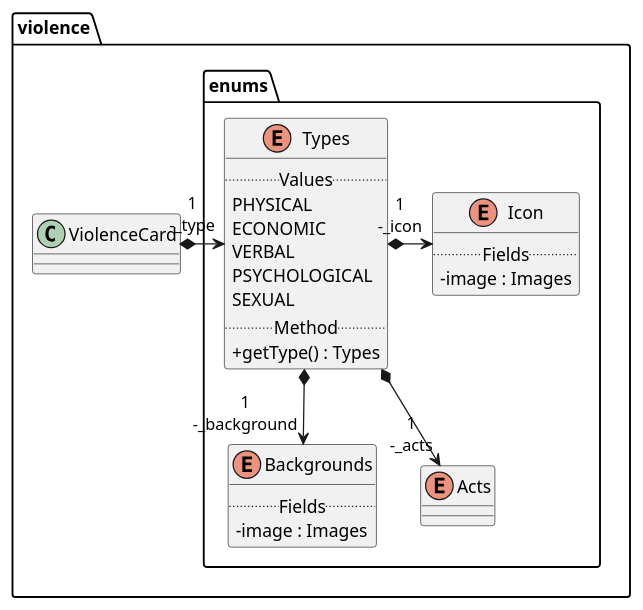
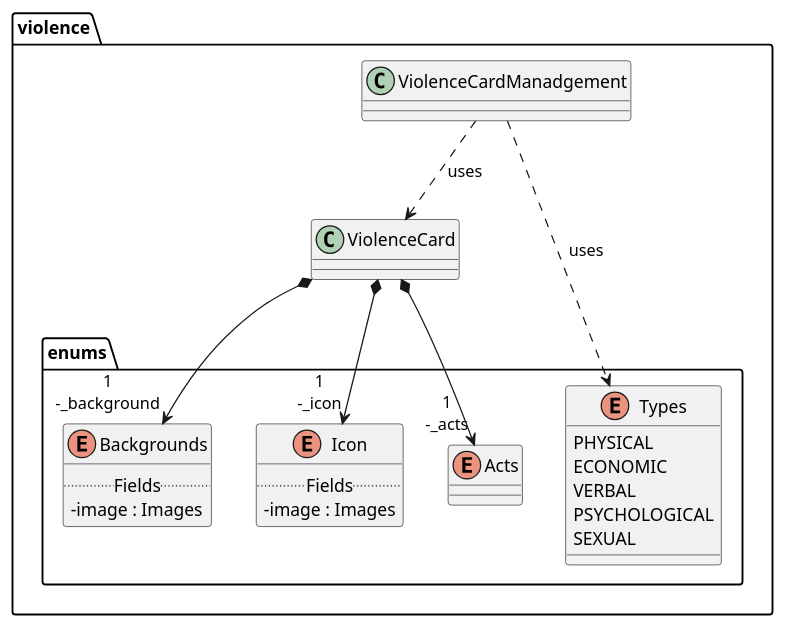
Before and after one commit to DimToups/Serious-game-about-violence: the diagram in src/main/uml/DCC_violences.puml, drawn with PlantUML.

Commit message:
:memo: update uml violences card

```diff
--- a/src/main/uml/DCC_violences.puml
+++ b/src/main/uml/DCC_violences.puml
@@ -1,34 +1,31 @@
 @startuml
 skinparam classAttributeIconSize 0
 
 package violence{
     class ViolenceCard
+    class ViolenceCardManadgement
     package enums {
         enum Types{
-            ..Values..
             PHYSICAL
             ECONOMIC
             VERBAL
             PSYCHOLOGICAL
             SEXUAL
-            ..Method..
-            + getType() : Types
         }
         enum Backgrounds{
             ..Fields..
             - image : Images
         }
         enum Icon{
             ..Fields..
             - image : Images
         }
         enum Acts
-        
     }
 }
-violence.ViolenceCard *->"1\n-_type" Types
-violence.enums.Types *-->"1\n-_background" violence.enums.Backgrounds
-violence.enums.Types *->"1\n-_icon" violence.enums.Icon
-violence.enums.Types *-->"1\n-_acts" violence.enums.Acts
-
+violence.ViolenceCard *-->"1\n-_icon" violence.enums.Icon
+violence.ViolenceCard *-->"1\n-_background" violence.enums.Backgrounds
+violence.ViolenceCard *-->"1\n-_acts" violence.enums.Acts
+violence.ViolenceCardManadgement ..> violence.ViolenceCard : uses
+violence.ViolenceCardManadgement ..> violence.enums.Types : uses
 @enduml
```
